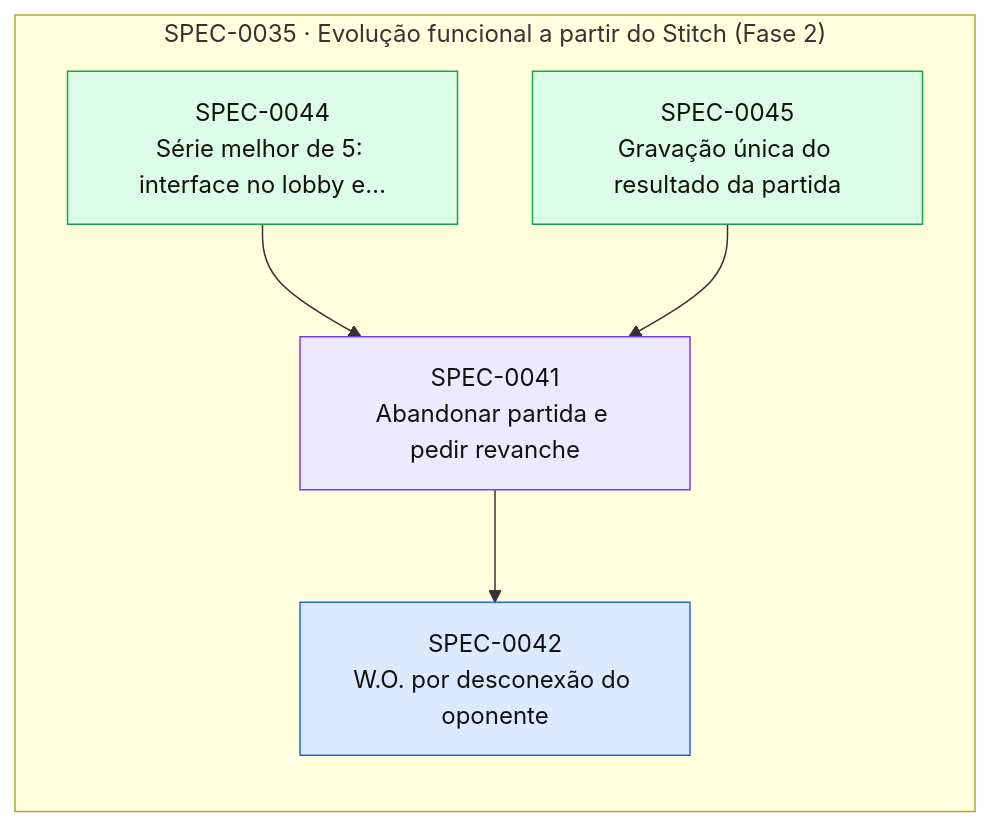
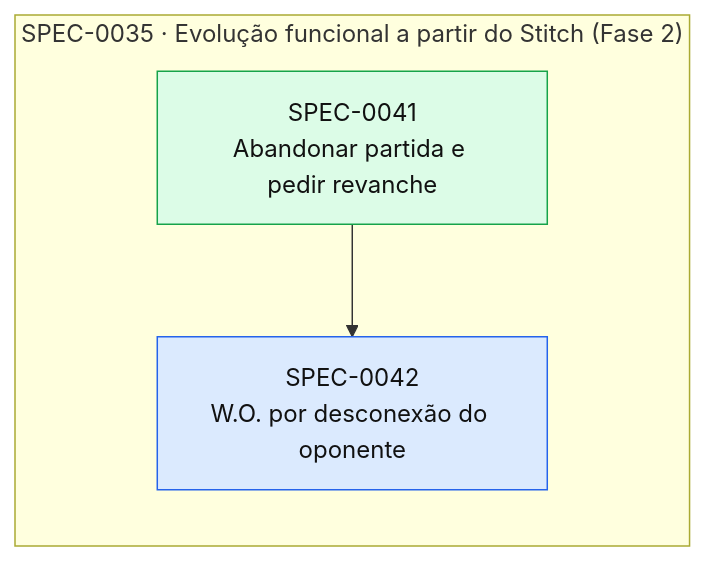
Before and after one commit to thomasravache/jogo-da-velha-multiplayer: the diagram in docs/specs/INDEX.md, drawn with Mermaid. The commit also changed other lines of this file and 2 other files, not shown here.

First line of the commit message:
docs(specs): fechar SPEC-0041 (relatório de entrega e CHANGELOG)

````diff
--- a/docs/specs/INDEX.md
+++ b/docs/specs/INDEX.md
@@ -37,17 +36,13 @@
 ```mermaid
 flowchart LR
   subgraph E0035["SPEC-0035 · Evolução funcional a partir do Stitch (Fase 2)"]
-    S0041["SPEC-0041<br/>Abandonar partida e pedir revanche"]:::inprogress
+    S0041["SPEC-0041<br/>Abandonar partida e pedir revanche"]:::implemented
     S0042["SPEC-0042<br/>W.O. por desconexão do oponente"]:::approved
-    S0044["SPEC-0044<br/>Série melhor de 5: interface no lobby e…"]:::implemented
-    S0045["SPEC-0045<br/>Gravação única do resultado da partida"]:::implemented
   end
-  S0044 --> S0041
-  S0045 --> S0041
   S0041 --> S0042
   classDef proposed fill:#fef3c7,stroke:#d97706,color:#111
   classDef approved fill:#dbeafe,stroke:#2563eb,color:#111
   classDef inprogress fill:#ede9fe,stroke:#7c3aed,color:#111
   classDef implemented fill:#dcfce7,stroke:#16a34a,color:#111
   classDef deprecated fill:#f3f4f6,stroke:#9ca3af,color:#6b7280
 ```
````
